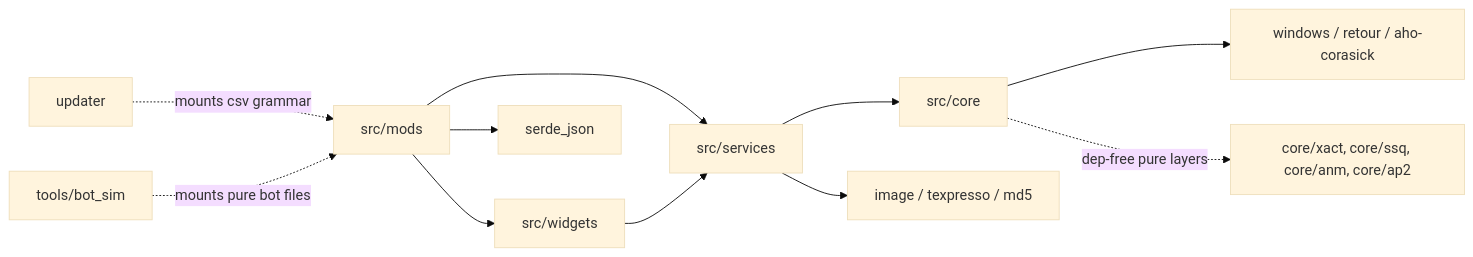
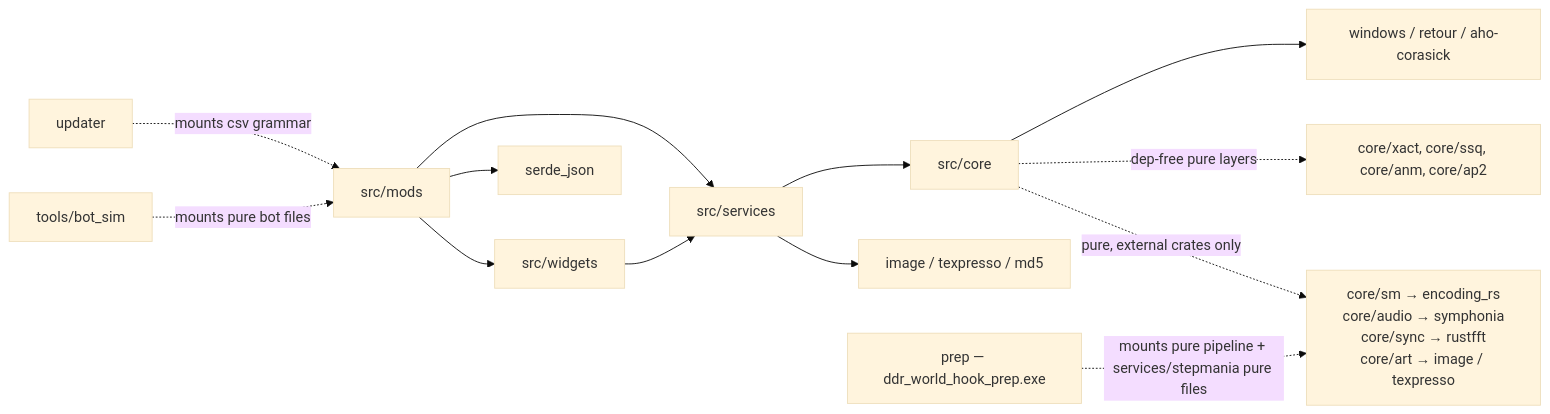
The diagram in .agents/summary/dependencies.md (skogaby/ddr-world-universal-modpack), drawn with Mermaid (base theme) before and after one commit. The commit also changed other lines of this file and 874 other files, not shown here.

````diff
--- a/.agents/summary/dependencies.md
+++ b/.agents/summary/dependencies.md
@@ -63,11 +69,13 @@
 ```mermaid
 graph LR
     MODS[src/mods] --> SVC[src/services] --> CORE[src/core]
     MODS --> WID[src/widgets] --> SVC
     CORE --> W[windows / retour / aho-corasick]
     SVC --> IMG[image / texpresso / md5]
     MODS --> SERDE[serde_json]
     CORE -.dep-free pure layers.-> PURE[core/xact, core/ssq, core/anm, core/ap2]
+    CORE -.pure, external crates only.-> SMP[core/sm → encoding_rs<br/>core/audio → symphonia<br/>core/sync → rustfft<br/>core/art → image / texpresso]
     UPD[updater] -.mounts csv grammar.-> MODS
     SIM[tools/bot_sim] -.mounts pure bot files.-> MODS
+    PREP[prep — ddr_world_hook_prep.exe] -.mounts pure pipeline + services/stepmania pure files.-> SMP
 ```
````
